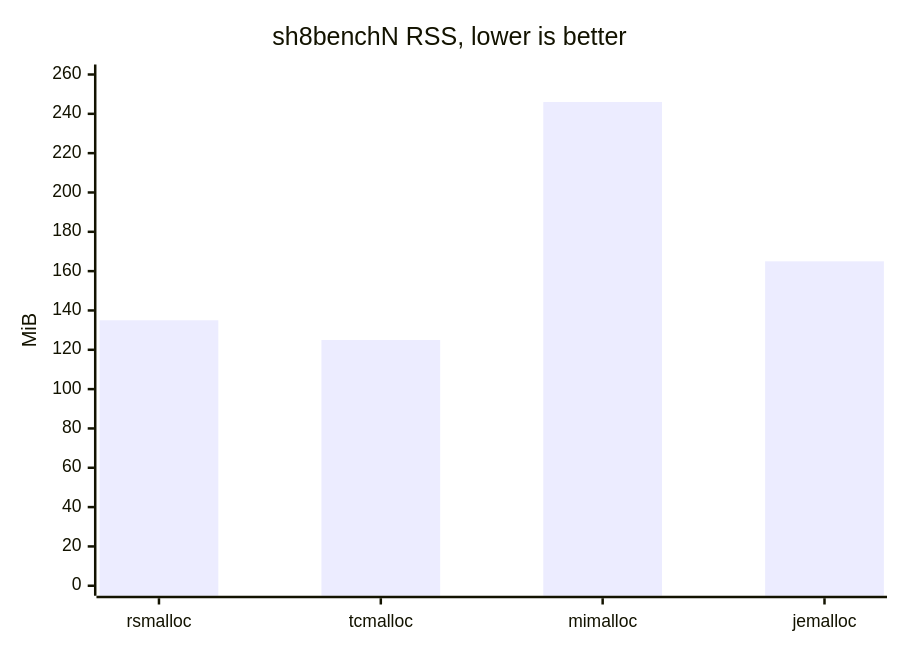
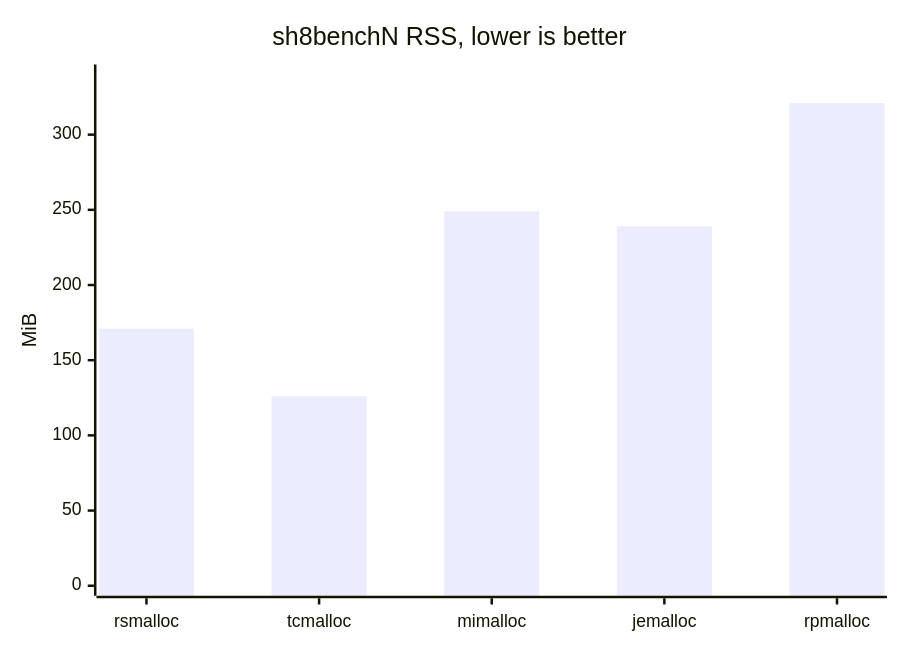
One commit to Metehan120/rsmalloc changed the eighth of 10 diagrams in benchmarks/benchmarks.md. Above: the diagram before and after it, drawn with Mermaid. The commit also changed other lines of this file and 64 other files, not shown here.

````diff
--- a/benchmarks/benchmarks.md
+++ b/benchmarks/benchmarks.md
@@ -150,7 +172,7 @@
 ```mermaid
 xychart-beta
     title "sh8benchN RSS, lower is better"
-    x-axis [rsmalloc, tcmalloc, mimalloc, jemalloc]
-    y-axis "MiB" 0 --> 260
-    bar [135, 125, 246, 165]
+    x-axis [rsmalloc, tcmalloc, mimalloc, jemalloc, rpmalloc]
+    y-axis "MiB" 0 --> 340
+    bar [171, 126, 249, 239, 321]
 ```
````
